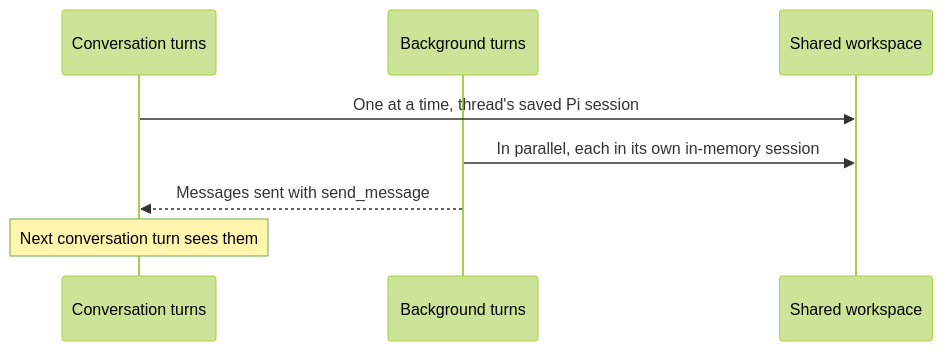
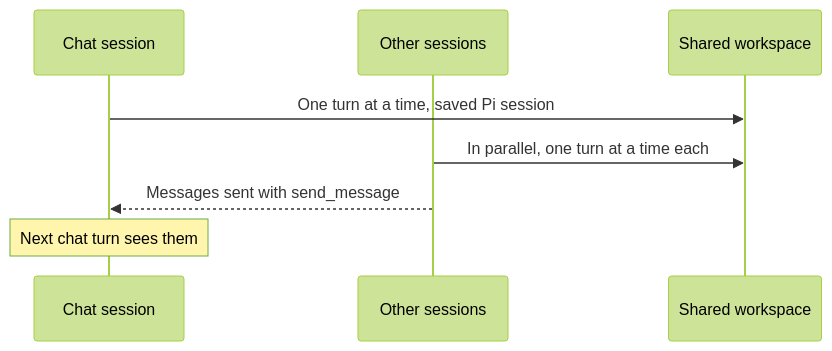
Before and after one commit to KrishBhimani/nod: the third of 3 diagrams in docs/src/content/docs/how-it-works/threads-and-turns.md, drawn with Mermaid (forest theme). The commit also changed other lines of this file and 37 other files, not shown here.

First line of the commit message:
feat(runtime): run every session in parallel with its own browser, plus a thin delegate tool (#253)

````diff
--- a/docs/src/content/docs/how-it-works/threads-and-turns.md
+++ b/docs/src/content/docs/how-it-works/threads-and-turns.md
@@ -84,10 +79,10 @@
 ```mermaid
 sequenceDiagram
-  participant C as Conversation turns
-  participant B as Background turns
+  participant C as Chat session
+  participant T as Other sessions
   participant W as Shared workspace
-  C->>W: One at a time, thread's saved Pi session
-  B->>W: In parallel, each in its own in-memory session
-  B-->>C: Messages sent with send_message
-  Note over C: Next conversation turn sees them
+  C->>W: One turn at a time, saved Pi session
+  T->>W: In parallel, one turn at a time each
+  T-->>C: Messages sent with send_message
+  Note over C: Next chat turn sees them
 ```
````
